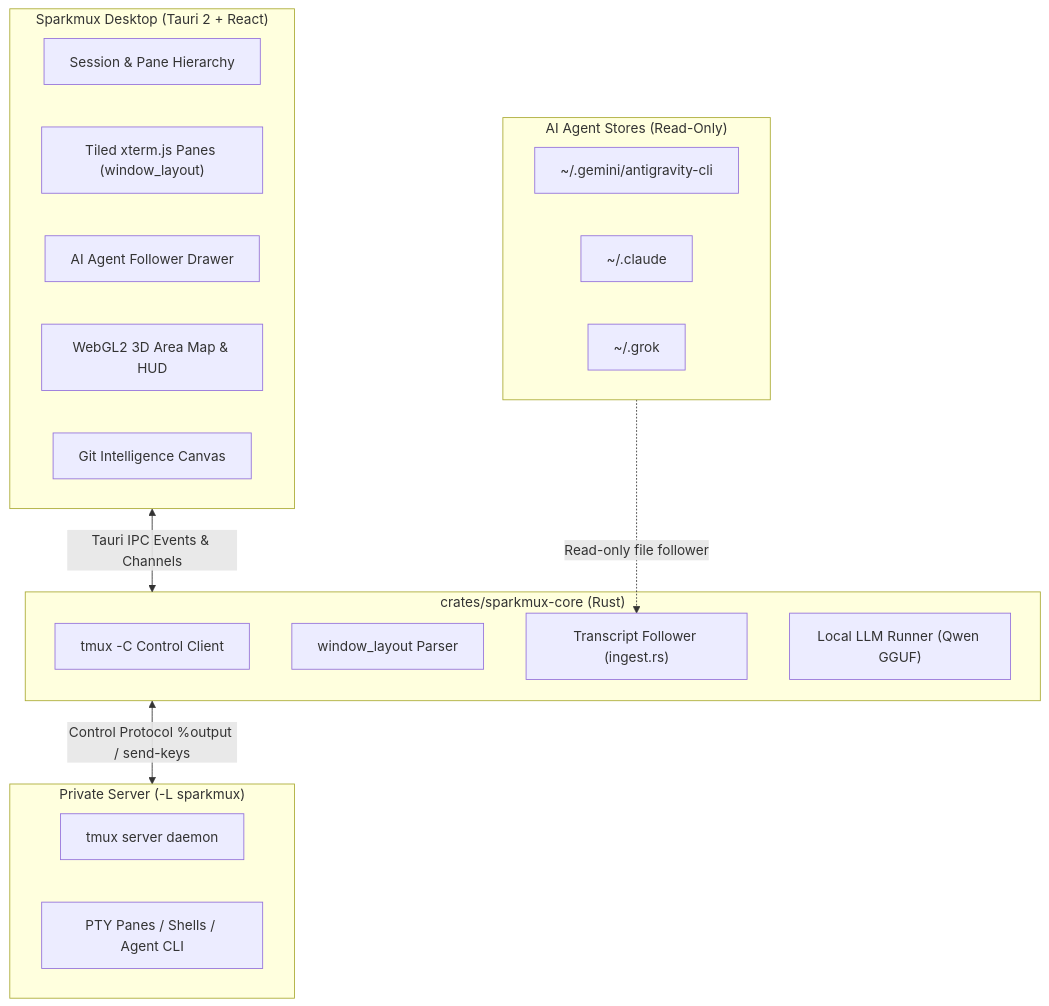
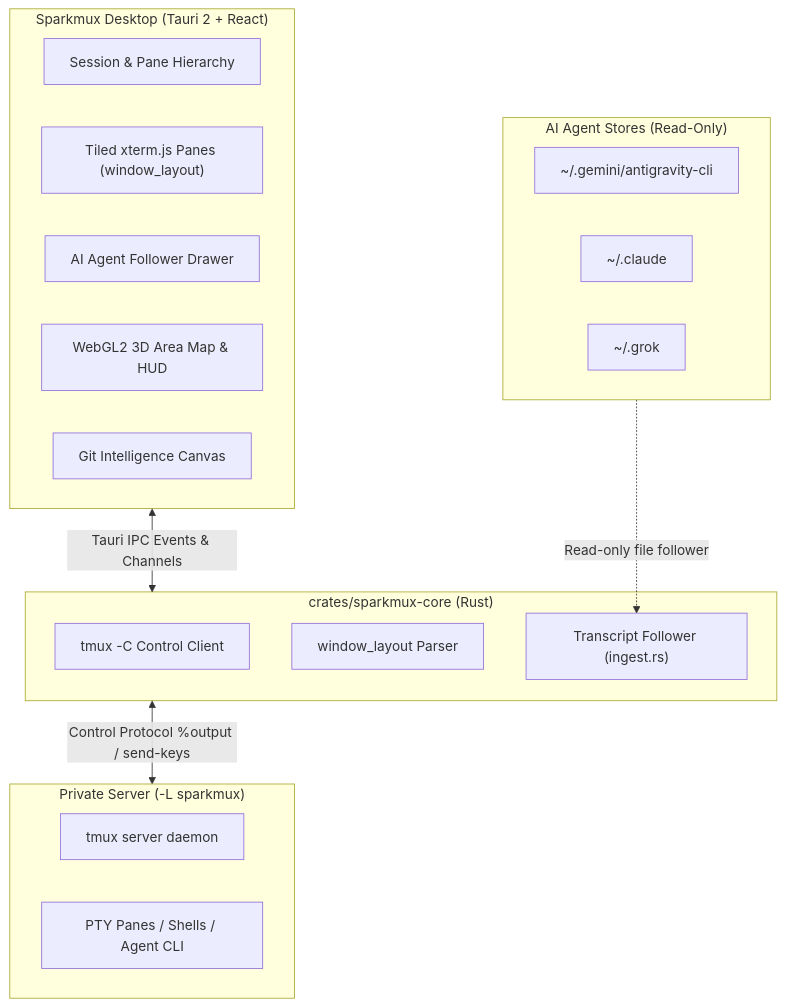
The diagram in README.md (darrenkoh/sparkmux), drawn with Mermaid before and after one commit. The commit also changed other lines of this file and 25 other files, not shown here.

````diff
--- a/README.md
+++ b/README.md
@@ -163,32 +151,31 @@
 ```mermaid
 flowchart TD
     subgraph UI ["Sparkmux Desktop (Tauri 2 + React)"]
         Sidebar["Session & Pane Hierarchy"]
         Terminals["Tiled xterm.js Panes (window_layout)"]
         Drawer["AI Agent Follower Drawer"]
         Terrain["WebGL2 3D Area Map & HUD"]
         Gits["Git Intelligence Canvas"]
     end
 
     subgraph Core ["crates/sparkmux-core (Rust)"]
         Client["tmux -C Control Client"]
         LayoutParser["window_layout Parser"]
         Follower["Transcript Follower (ingest.rs)"]
-        Helper["Local LLM Runner (Qwen GGUF)"]
     end
 
     subgraph TmuxServer ["Private Server (-L sparkmux)"]
         TmuxD["tmux server daemon"]
         Panes["PTY Panes / Shells / Agent CLI"]
     end
 
     subgraph Agents ["AI Agent Stores (Read-Only)"]
         AGY["~/.gemini/antigravity-cli"]
         Claude["~/.claude"]
         Grok["~/.grok"]
     end
 
     UI <-->|"Tauri IPC Events & Channels"| Core
     Core <-->|"Control Protocol %output / send-keys"| TmuxServer
     Agents -.->|"Read-only file follower"| Follower
 ```
````
